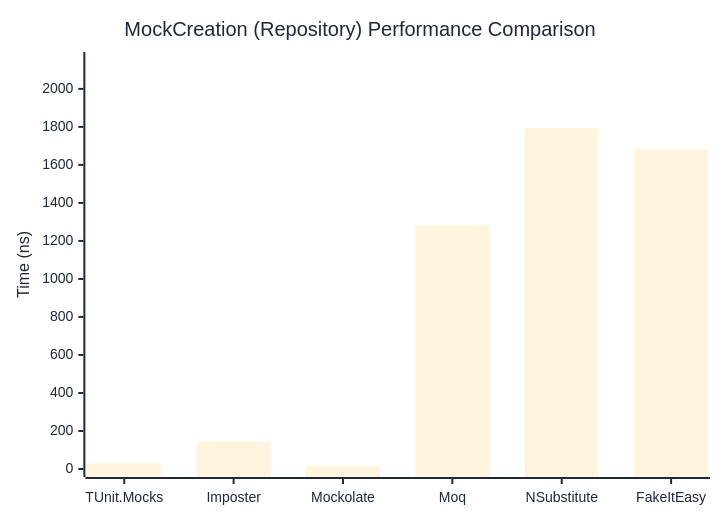
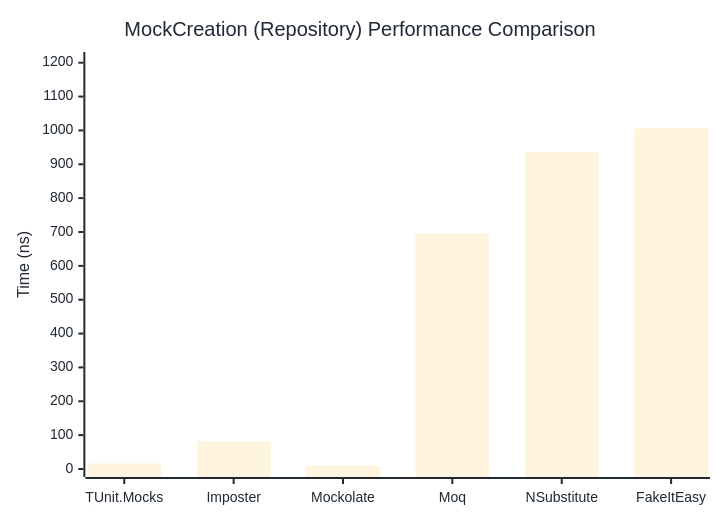
One commit to thomhurst/TUnit changed the second of 2 diagrams in docs/docs/benchmarks/mocks/MockCreation.md. Above: the diagram before and after it, drawn with Mermaid. The commit also changed other lines of this file and 14 other files, not shown here.

````diff
--- a/docs/docs/benchmarks/mocks/MockCreation.md
+++ b/docs/docs/benchmarks/mocks/MockCreation.md
@@ -71,27 +71,27 @@
 ```mermaid
 %%{init: {
   'theme':'base',
   'themeVariables': {
     'primaryColor': '#2563eb',
     'primaryTextColor': '#1f2937',
     'primaryBorderColor': '#1e40af',
     'lineColor': '#6b7280',
     'secondaryColor': '#7c3aed',
     'tertiaryColor': '#dc2626',
     'background': '#ffffff',
     'pie1': '#2563eb',
     'pie2': '#7c3aed',
     'pie3': '#dc2626',
     'pie4': '#f59e0b',
     'pie5': '#10b981',
     'pie6': '#06b6d4',
     'pie7': '#ec4899',
     'pie8': '#6366f1'
   }
 }}%%
 xychart-beta
   title "MockCreation (Repository) Performance Comparison"
   x-axis ["TUnit.Mocks", "Imposter", "Mockolate", "Moq", "NSubstitute", "FakeItEasy"]
-  y-axis "Time (ns)" 0 --> 2152
-  bar [28.58, 144.43, 17.43, 1280.84, 1792.76, 1681.87]
+  y-axis "Time (ns)" 0 --> 1208
+  bar [16.442, 81.616, 9.639, 694.943, 935.775, 1006.596]
 ```
````
